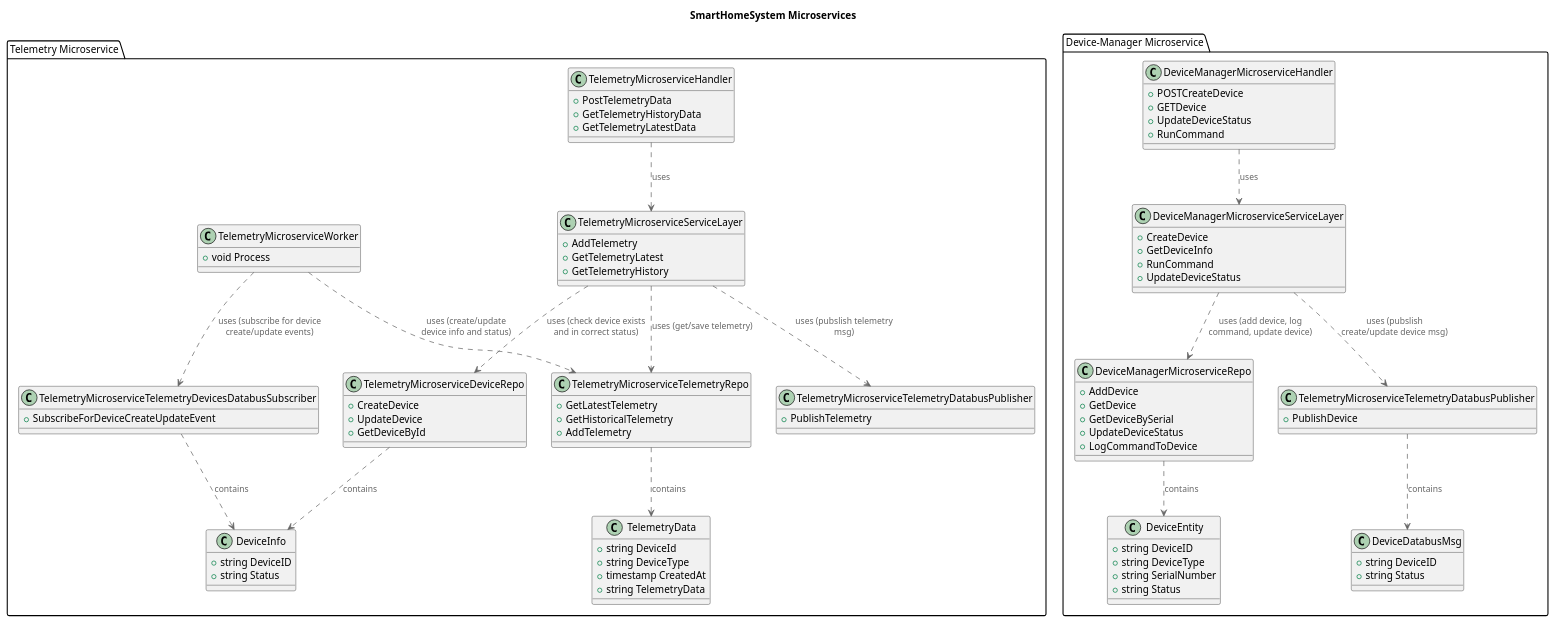
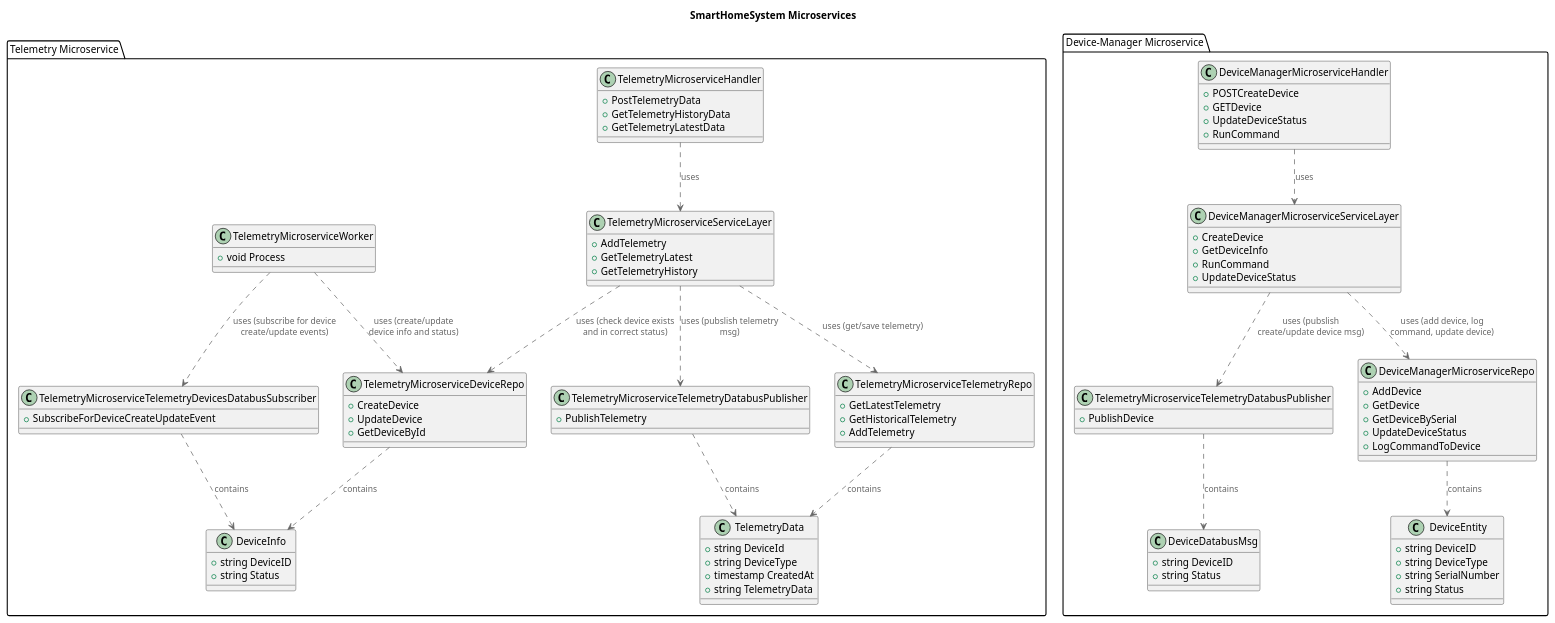
Before and after one commit to misikch/ya-practicum-arch-sprint-3: the diagram in docs/tobe/Code.puml, drawn with PlantUML.

Commit message:
update code.puml for tobe

```diff
--- a/docs/tobe/Code.puml
+++ b/docs/tobe/Code.puml
@@ -1,119 +1,120 @@
 @startuml
 title SmartHomeSystem Microservices
 
 top to bottom direction
 
 !include ./C4_Component.puml
 
 package "Telemetry Microservice" {
     class TelemetryMicroserviceHandler {
       +PostTelemetryData
       +GetTelemetryHistoryData
       +GetTelemetryLatestData
     }
 
     class TelemetryMicroserviceServiceLayer {
       +AddTelemetry
       +GetTelemetryLatest
       +GetTelemetryHistory
     }
 
     class TelemetryMicroserviceTelemetryRepo{
       +GetLatestTelemetry
       +GetHistoricalTelemetry
       +AddTelemetry
     }
 
     class TelemetryMicroserviceDeviceRepo{
       +CreateDevice
       +UpdateDevice
       +GetDeviceById
     }
 
     class TelemetryMicroserviceWorker {
       +void Process
     }
 
     class TelemetryMicroserviceTelemetryDatabusPublisher {
         + PublishTelemetry
     }
 
     class TelemetryMicroserviceTelemetryDevicesDatabusSubscriber {
         + SubscribeForDeviceCreateUpdateEvent
     }
 
     TelemetryMicroserviceHandler ..> TelemetryMicroserviceServiceLayer : uses
     TelemetryMicroserviceServiceLayer ..> TelemetryMicroserviceTelemetryRepo : uses (get/save telemetry)
     TelemetryMicroserviceServiceLayer ..> TelemetryMicroserviceDeviceRepo : uses (check device exists and in correct status)
     TelemetryMicroserviceServiceLayer ..> TelemetryMicroserviceTelemetryDatabusPublisher : uses (pubslish telemetry msg)
 
-    TelemetryMicroserviceWorker ..> TelemetryMicroserviceTelemetryRepo : uses (create/update device info and status)
+    TelemetryMicroserviceWorker ..> TelemetryMicroserviceDeviceRepo : uses (create/update device info and status)
     TelemetryMicroserviceWorker ..> TelemetryMicroserviceTelemetryDevicesDatabusSubscriber : uses (subscribe for device create/update events)
 
     class DeviceInfo {
         +string DeviceID
         +string Status
     }
 
     class TelemetryData {
     	+string DeviceId
     	+string DeviceType
     	+timestamp CreatedAt
     	+string TelemetryData
     }
 
     TelemetryMicroserviceTelemetryDevicesDatabusSubscriber ..> DeviceInfo : contains
     TelemetryMicroserviceTelemetryRepo ..> TelemetryData : contains
     TelemetryMicroserviceDeviceRepo ..> DeviceInfo : contains
+    TelemetryMicroserviceTelemetryDatabusPublisher ..> TelemetryData : contains
 }
 
 
 package "Device-Manager Microservice" {
     class DeviceManagerMicroserviceHandler {
       +POSTCreateDevice
       +GETDevice
       +UpdateDeviceStatus
       +RunCommand
     }
 
     class DeviceManagerMicroserviceServiceLayer {
       +CreateDevice
       +GetDeviceInfo
       +RunCommand
       +UpdateDeviceStatus
     }
 
     class DeviceManagerMicroserviceRepo{
       +AddDevice
       +GetDevice
       +GetDeviceBySerial
       +UpdateDeviceStatus
       +LogCommandToDevice
     }
 
     class TelemetryMicroserviceTelemetryDatabusPublisher {
         + PublishDevice
     }
 
     DeviceManagerMicroserviceHandler ..> DeviceManagerMicroserviceServiceLayer : uses
     DeviceManagerMicroserviceServiceLayer ..> DeviceManagerMicroserviceRepo : uses (add device, log command, update device)
     DeviceManagerMicroserviceServiceLayer ..> TelemetryMicroserviceTelemetryDatabusPublisher : uses (pubslish create/update device msg)
 
     class DeviceEntity {
       +string DeviceID
       +string DeviceType
       +string SerialNumber
       +string Status
     }
 
     class DeviceDatabusMsg {
         +string DeviceID
         +string Status
     }
 
     DeviceManagerMicroserviceRepo ..> DeviceEntity : contains
     TelemetryMicroserviceTelemetryDatabusPublisher ..> DeviceDatabusMsg : contains
 }
 
 
 @enduml
```
